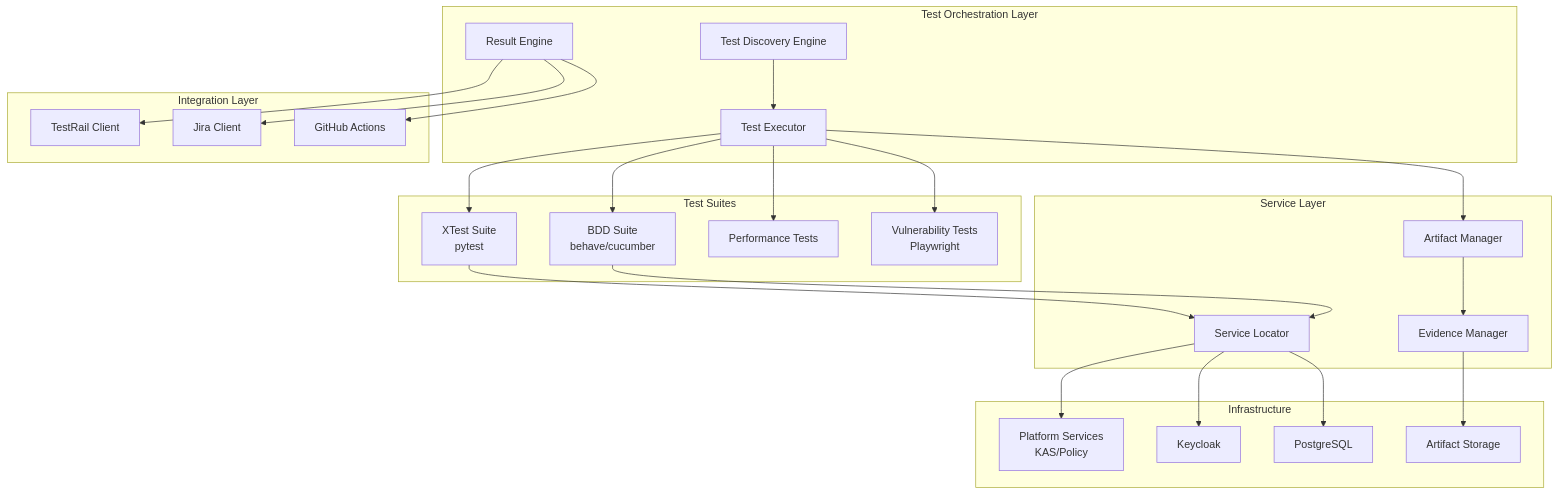
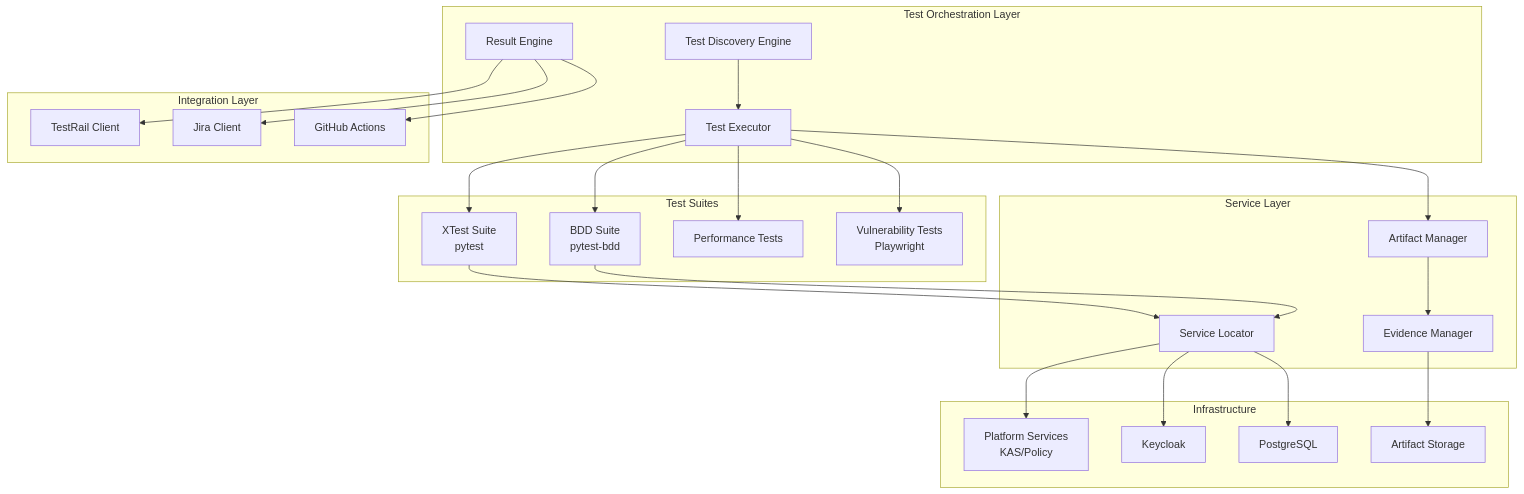
Before and after one commit to opentdf/tests: the diagram in DESIGN.md, drawn with Mermaid. The commit also changed other lines of this file and 18 other files, not shown here.

````diff
--- a/DESIGN.md
+++ b/DESIGN.md
@@ -11,55 +11,55 @@
 ```mermaid
 graph TB
     subgraph "Test Orchestration Layer"
         TD[Test Discovery Engine]
         TE[Test Executor]
         RE[Result Engine]
     end
     
     subgraph "Test Suites"
         XT[XTest Suite<br/>pytest]
-        BDD[BDD Suite<br/>behave/cucumber]
+        BDD[BDD Suite<br/>pytest-bdd]
         PERF[Performance Tests]
         VUL[Vulnerability Tests<br/>Playwright]
     end
     
     subgraph "Service Layer"
         SL[Service Locator]
         AM[Artifact Manager]
         EM[Evidence Manager]
     end
     
     subgraph "Integration Layer"
         TR[TestRail Client]
         JI[Jira Client]
         GH[GitHub Actions]
     end
     
     subgraph "Infrastructure"
         PS[Platform Services<br/>KAS/Policy]
         KC[Keycloak]
         PG[PostgreSQL]
         S3[Artifact Storage]
     end
     
     TD --> TE
     TE --> XT
     TE --> BDD
     TE --> PERF
     TE --> VUL
     
     XT --> SL
     BDD --> SL
     
     TE --> AM
     AM --> EM
     EM --> S3
     
     RE --> TR
     RE --> JI
     RE --> GH
     
     SL --> PS
     SL --> KC
     SL --> PG
 ```
````
